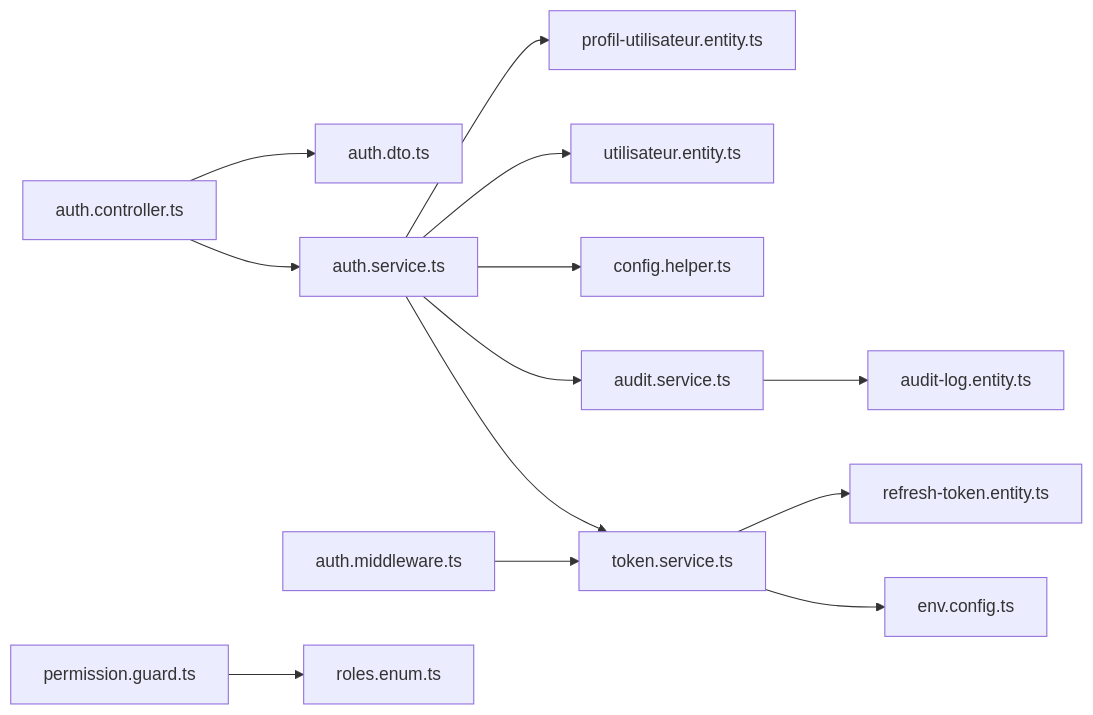
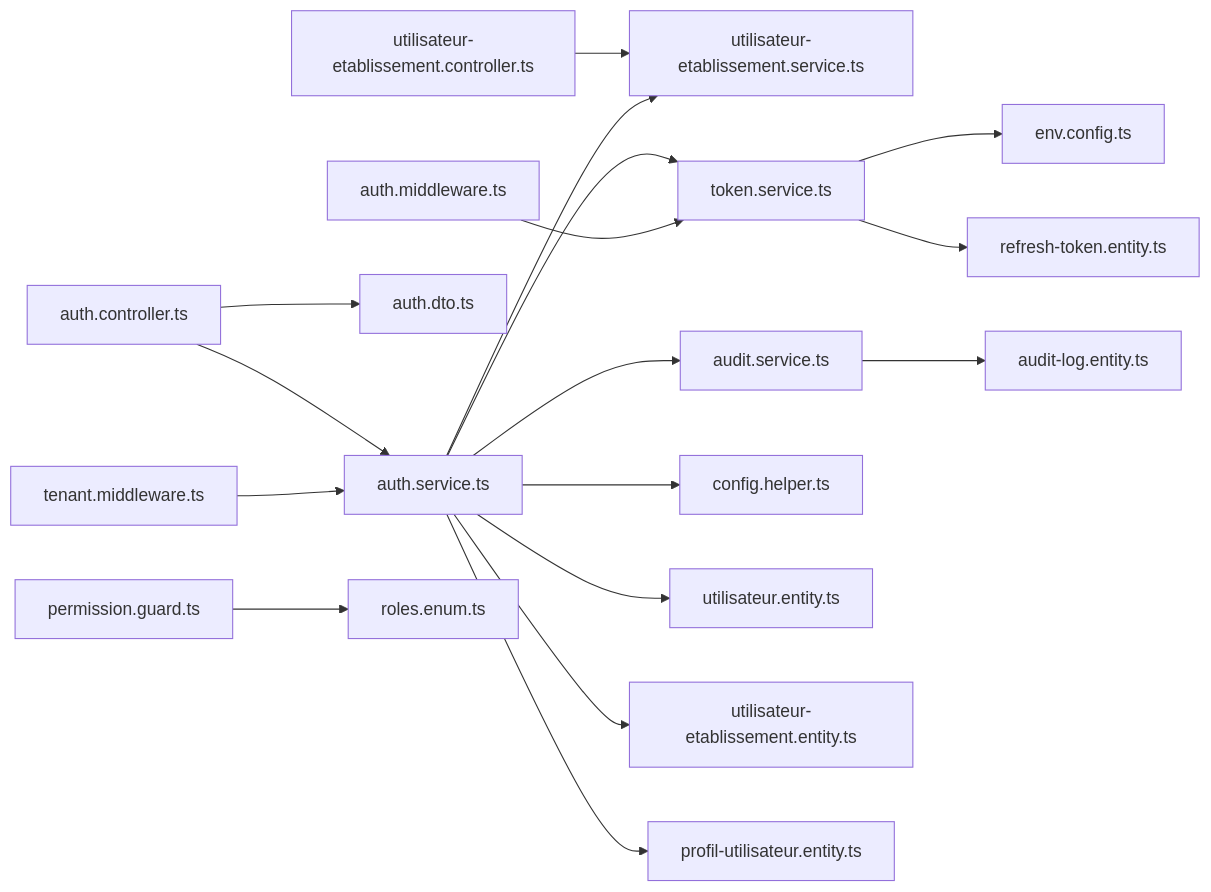
The ninth of 9 diagrams in .qoder/repowiki/en/content/Authentication & Authorization/Authentication Flow.md (franckylab/eLISAschool), drawn with Mermaid before and after one commit. The commit also changed other lines of this file and 75 other files, not shown here.

````diff
--- a/.qoder/repowiki/en/content/Authentication & Authorization/Authentication Flow.md
+++ b/.qoder/repowiki/en/content/Authentication & Authorization/Authentication Flow.md
@@ -484,15 +521,19 @@
 ```mermaid
 graph LR
 AC["auth.controller.ts"] --> AS["auth.service.ts"]
+UEC["utilisateur-etablissement.controller.ts"] --> UES["utilisateur-etablissement.service.ts"]
 AC --> DTO["auth.dto.ts"]
 AS --> TS["token.service.ts"]
 AS --> AUD["audit.service.ts"]
 AS --> CFG["config.helper.ts"]
+AS --> UES
 TS --> ENV["env.config.ts"]
 TS --> RTE["refresh-token.entity.ts"]
 AS --> UE["utilisateur.entity.ts"]
+AS --> UTE["utilisateur-etablissement.entity.ts"]
 AS --> PE["profil-utilisateur.entity.ts"]
 AMW["auth.middleware.ts"] --> TS
+TMW["tenant.middleware.ts"] --> AS
 PG["permission.guard.ts"] --> ROLES["roles.enum.ts"]
 AUD --> ALE["audit-log.entity.ts"]
 ```
````
